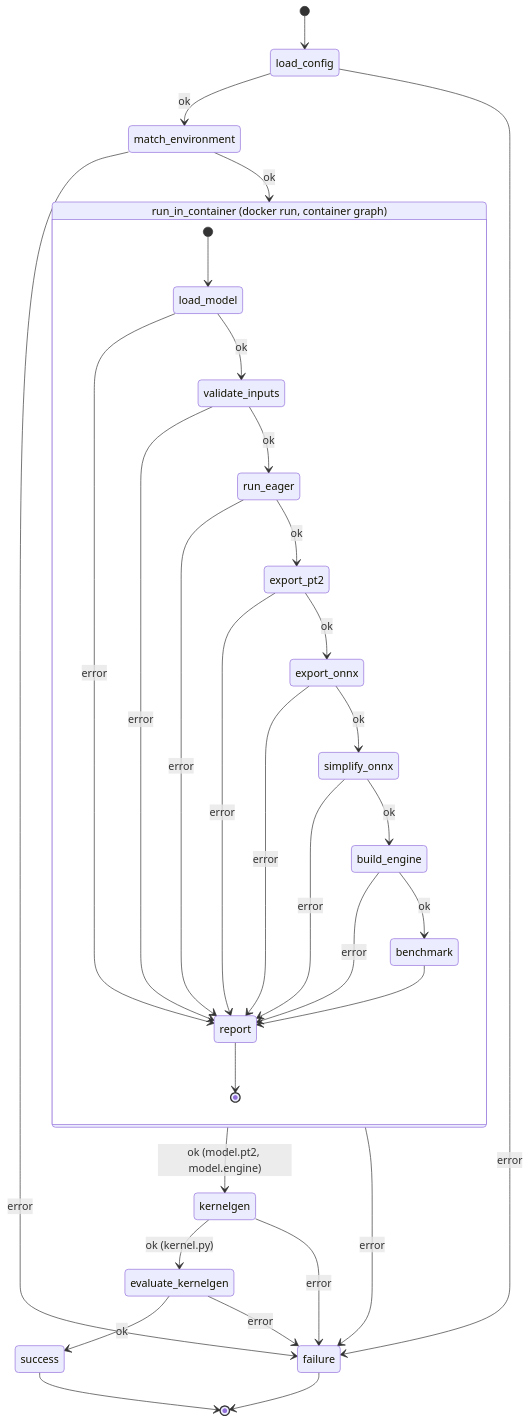
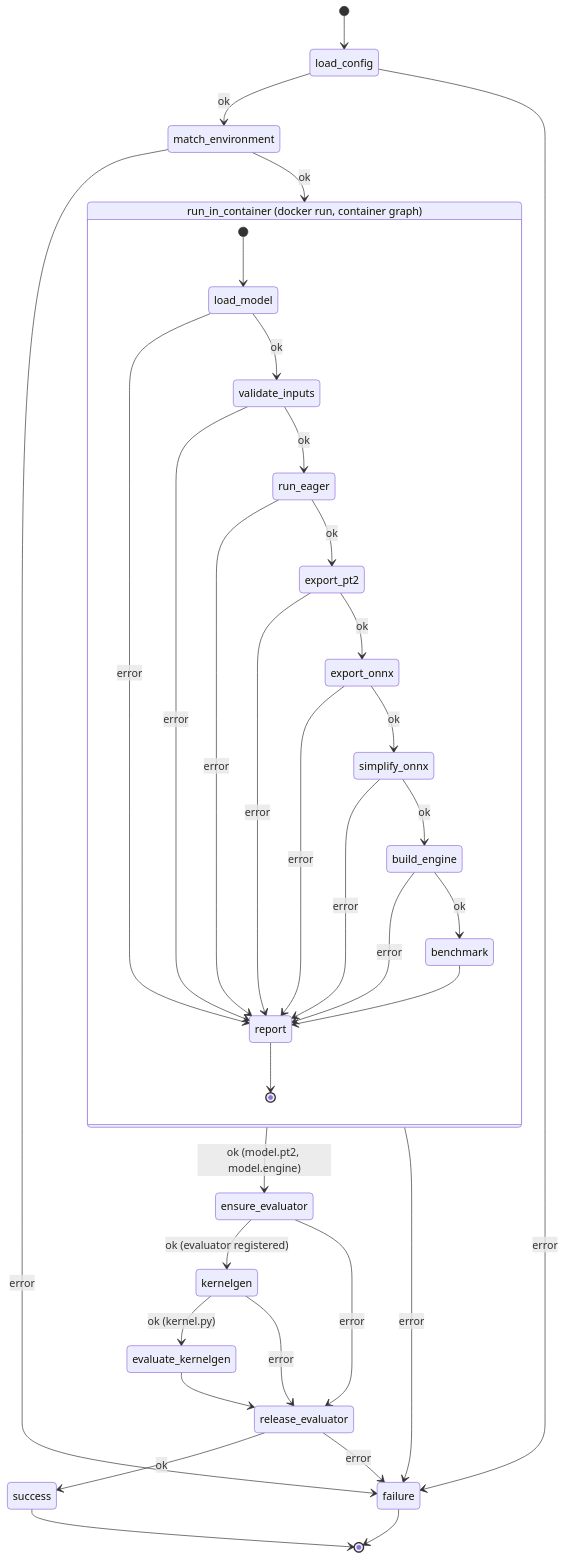
Before and after one commit to reza-rahimi-yasp/kronos-edge-v2: the diagram in architecture.md, drawn with Mermaid. The commit also changed other lines of this file and 2 other files, not shown here.

First line of the commit message:
Document the evaluator check

````diff
--- a/architecture.md
+++ b/architecture.md
@@ -15,36 +18,39 @@
 ```mermaid
 stateDiagram-v2
     [*] --> load_config
     load_config --> match_environment : ok
     load_config --> failure : error
     match_environment --> run_in_container : ok
     match_environment --> failure : error
-    run_in_container --> kernelgen : ok (model.pt2, model.engine)
+    run_in_container --> ensure_evaluator : ok (model.pt2, model.engine)
     run_in_container --> failure : error
+    ensure_evaluator --> kernelgen : ok (evaluator registered)
+    ensure_evaluator --> release_evaluator : error
     kernelgen --> evaluate_kernelgen : ok (kernel.py)
-    kernelgen --> failure : error
-    evaluate_kernelgen --> success : ok
-    evaluate_kernelgen --> failure : error
+    kernelgen --> release_evaluator : error
+    evaluate_kernelgen --> release_evaluator
+    release_evaluator --> success : ok
+    release_evaluator --> failure : error
     success --> [*]
     failure --> [*]
 
     state "run_in_container (docker run, container graph)" as run_in_container {
         [*] --> load_model
         load_model --> validate_inputs : ok
         load_model --> report : error
         validate_inputs --> run_eager : ok
         validate_inputs --> report : error
         run_eager --> export_pt2 : ok
         run_eager --> report : error
         export_pt2 --> export_onnx : ok
         export_pt2 --> report : error
         export_onnx --> simplify_onnx : ok
         export_onnx --> report : error
         simplify_onnx --> build_engine : ok
         simplify_onnx --> report : error
         build_engine --> benchmark : ok
         build_engine --> report : error
         benchmark --> report
         report --> [*]
     }
 ```
````
